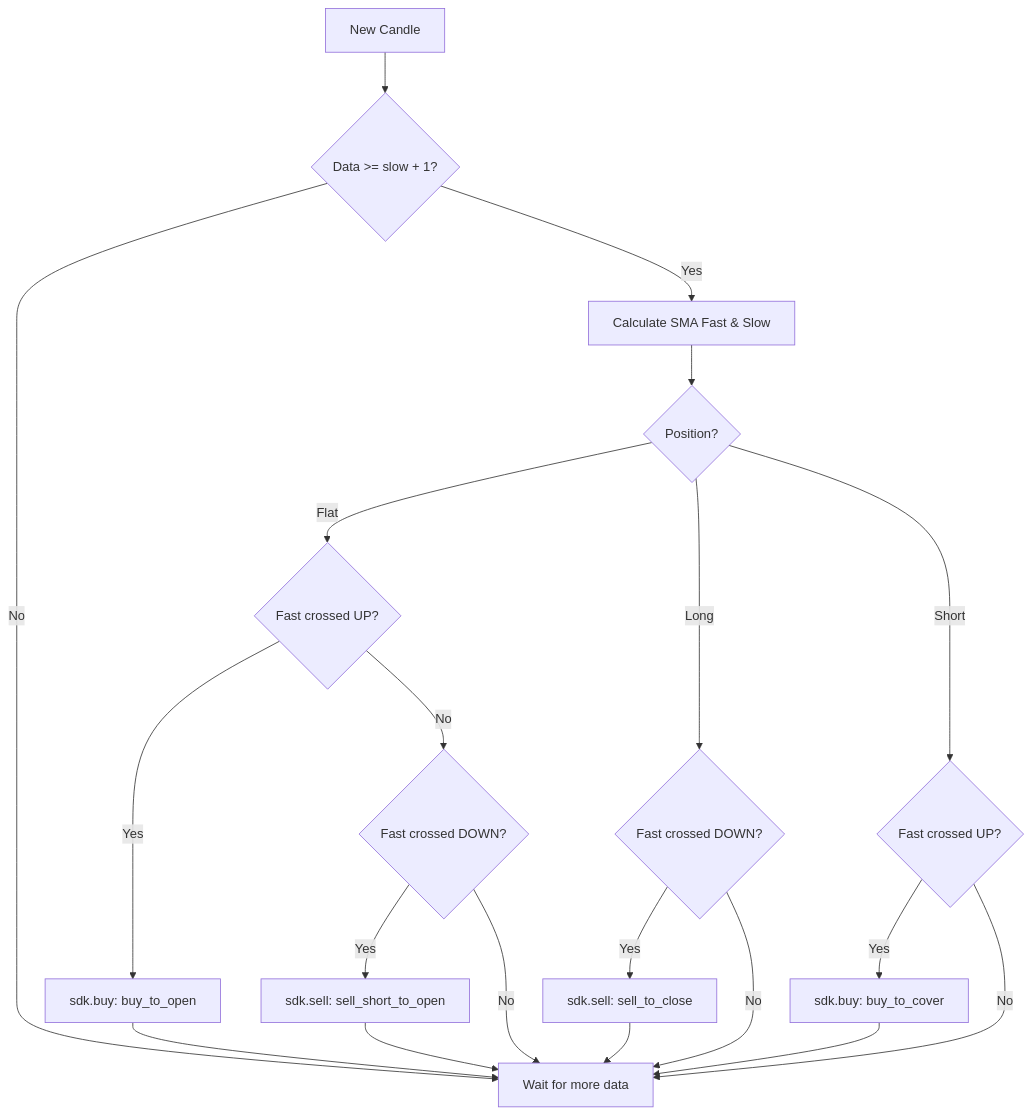
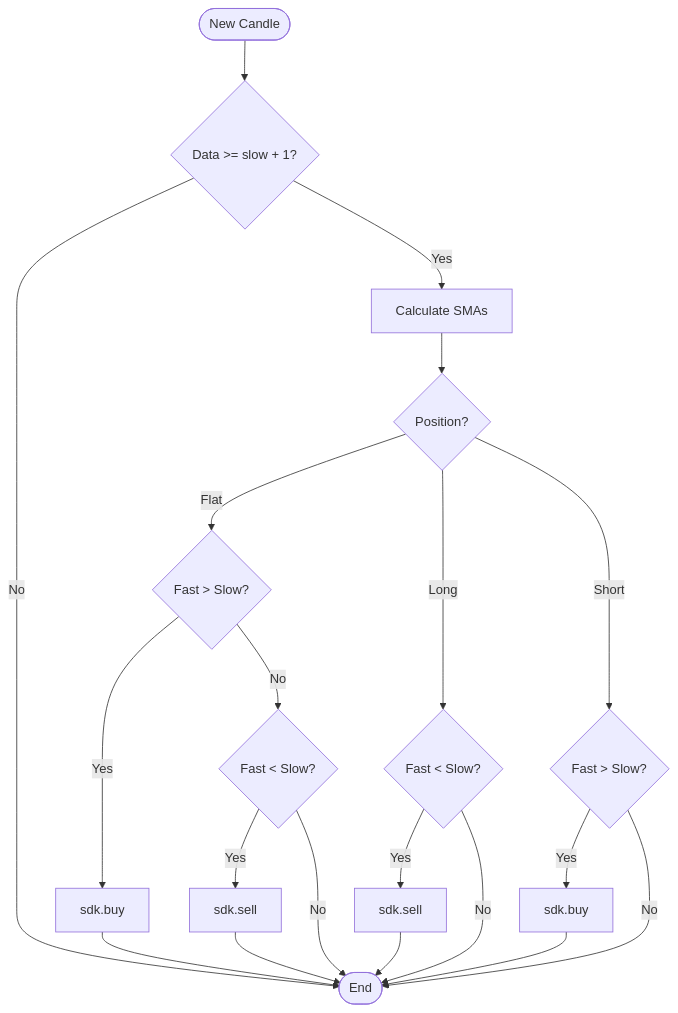
Before and after one commit to tesstrade/tesstrade-docs: the diagram in gitbook/strategies/sma-crossover.md, drawn with Mermaid.

Commit message:
fix: simplifica sintaxe Mermaid para compatibilidade com v11

````diff
--- a/gitbook/strategies/sma-crossover.md
+++ b/gitbook/strategies/sma-crossover.md
@@ -68,26 +68,26 @@
 ```mermaid
 graph TD
-    Start[New Candle] --> CheckData{Data >= slow + 1?}
-    CheckData -- No --> End[Wait for more data]
-    CheckData -- Yes --> Calc[Calculate SMA Fast & Slow]
+    Start([New Candle]) --> CheckData{Data >= slow + 1?}
+    CheckData -- No --> End([End])
+    CheckData -- Yes --> Calc[Calculate SMAs]
     Calc --> Position{Position?}
     
-    Position -- Flat --> CrossUp{Fast crossed UP?}
-    CrossUp -- Yes --> Buy[sdk.buy: buy_to_open]
-    CrossUp -- No --> CrossDown{Fast crossed DOWN?}
-    CrossDown -- Yes --> Sell[sdk.sell: sell_short_to_open]
+    Position -- Flat --> CrossUp{Fast > Slow?}
+    CrossUp -- Yes --> Buy[sdk.buy]
+    CrossUp -- No --> CrossDown{Fast < Slow?}
+    CrossDown -- Yes --> Sell[sdk.sell]
     CrossDown -- No --> End
     
-    Position -- Long --> CrossDownExit{Fast crossed DOWN?}
-    CrossDownExit -- Yes --> CloseLong[sdk.sell: sell_to_close]
+    Position -- Long --> CrossDownExit{Fast < Slow?}
+    CrossDownExit -- Yes --> CloseLong[sdk.sell]
     CrossDownExit -- No --> End
     
-    Position -- Short --> CrossUpCover{Fast crossed UP?}
-    CrossUpCover -- Yes --> CoverShort[sdk.buy: buy_to_cover]
+    Position -- Short --> CrossUpCover{Fast > Slow?}
+    CrossUpCover -- Yes --> CoverShort[sdk.buy]
     CrossUpCover -- No --> End
 
     Buy --> End
     Sell --> End
     CloseLong --> End
     CoverShort --> End
 ```
````
